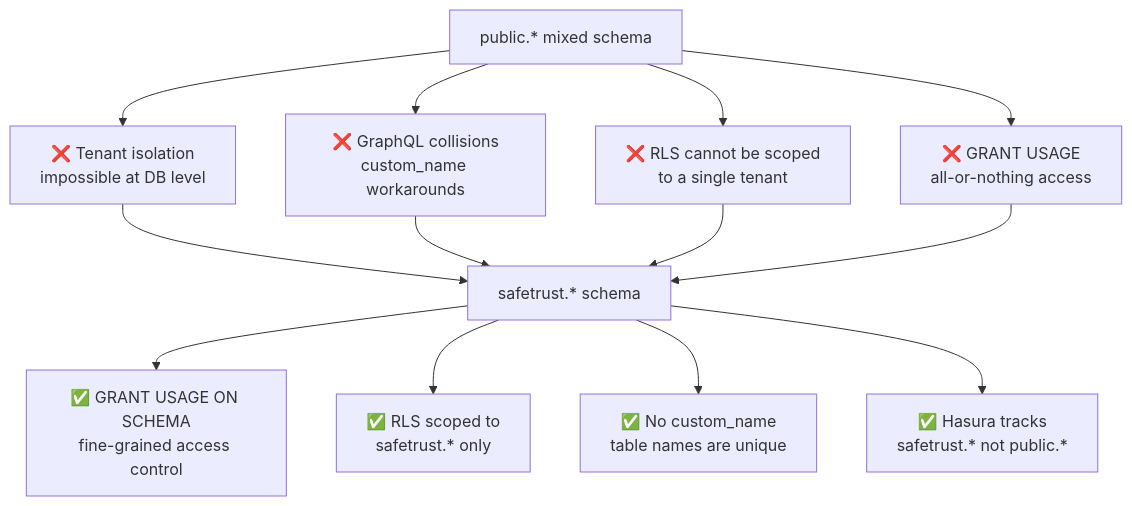
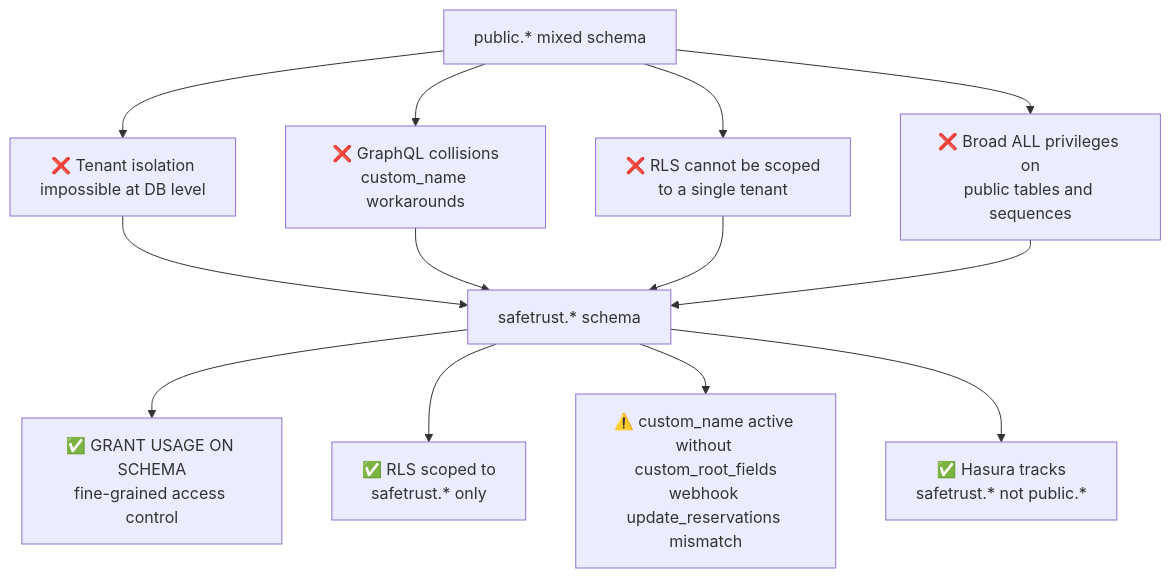
Before and after one commit to safetrustcr/backend-SafeTrust: the second of 6 diagrams in docs/migrations/safetrust-schema-migration.md, drawn with Mermaid. The commit also changed other lines of this file, not shown here.

Commit message:
docs: address CodeRabbit review comments on schema migration doc

````diff
--- a/docs/migrations/safetrust-schema-migration.md
+++ b/docs/migrations/safetrust-schema-migration.md
@@ -40,19 +40,19 @@
 ```mermaid
 flowchart TD
     OLD[public.* mixed schema]
 
-    OLD --> P1[❌ Tenant isolation\nimpossible at DB level]
-    OLD --> P2[❌ GraphQL collisions\ncustom_name workarounds]
-    OLD --> P3[❌ RLS cannot be scoped\nto a single tenant]
-    OLD --> P4[❌ GRANT USAGE\nall-or-nothing access]
+    OLD --> P1[❌ Tenant isolation<br/>impossible at DB level]
+    OLD --> P2[❌ GraphQL collisions<br/>custom_name workarounds]
+    OLD --> P3[❌ RLS cannot be scoped<br/>to a single tenant]
+    OLD --> P4[❌ Broad ALL privileges on<br/>public tables and sequences]
 
     P1 --> FIX[safetrust.* schema]
     P2 --> FIX
     P3 --> FIX
     P4 --> FIX
 
-    FIX --> R1[✅ GRANT USAGE ON SCHEMA\nfine-grained access control]
-    FIX --> R2[✅ RLS scoped to\nsafetrust.* only]
-    FIX --> R3[✅ No custom_name\ntable names are unique]
-    FIX --> R4[✅ Hasura tracks\nsafetrust.* not public.*]
+    FIX --> R1[✅ GRANT USAGE ON SCHEMA<br/>fine-grained access control]
+    FIX --> R2[✅ RLS scoped to<br/>safetrust.* only]
+    FIX --> R3[⚠️ custom_name active without custom_root_fields<br/>webhook update_reservations mismatch]
+    FIX --> R4[✅ Hasura tracks<br/>safetrust.* not public.*]
 ```
````
